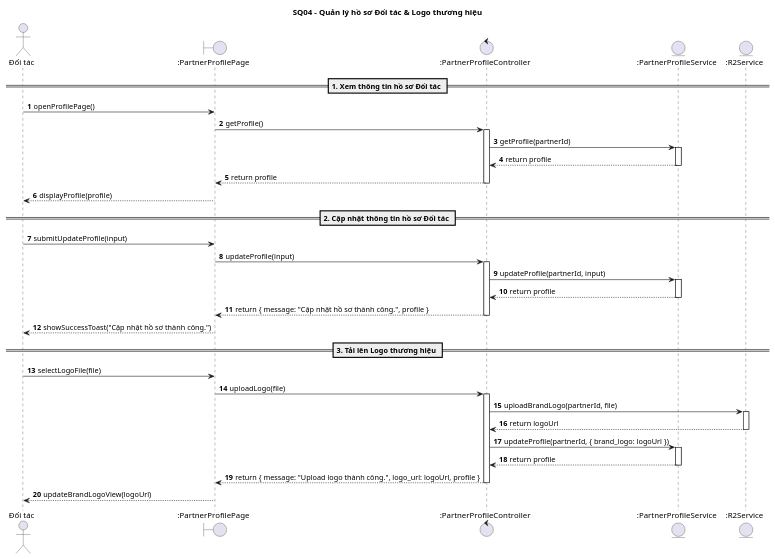
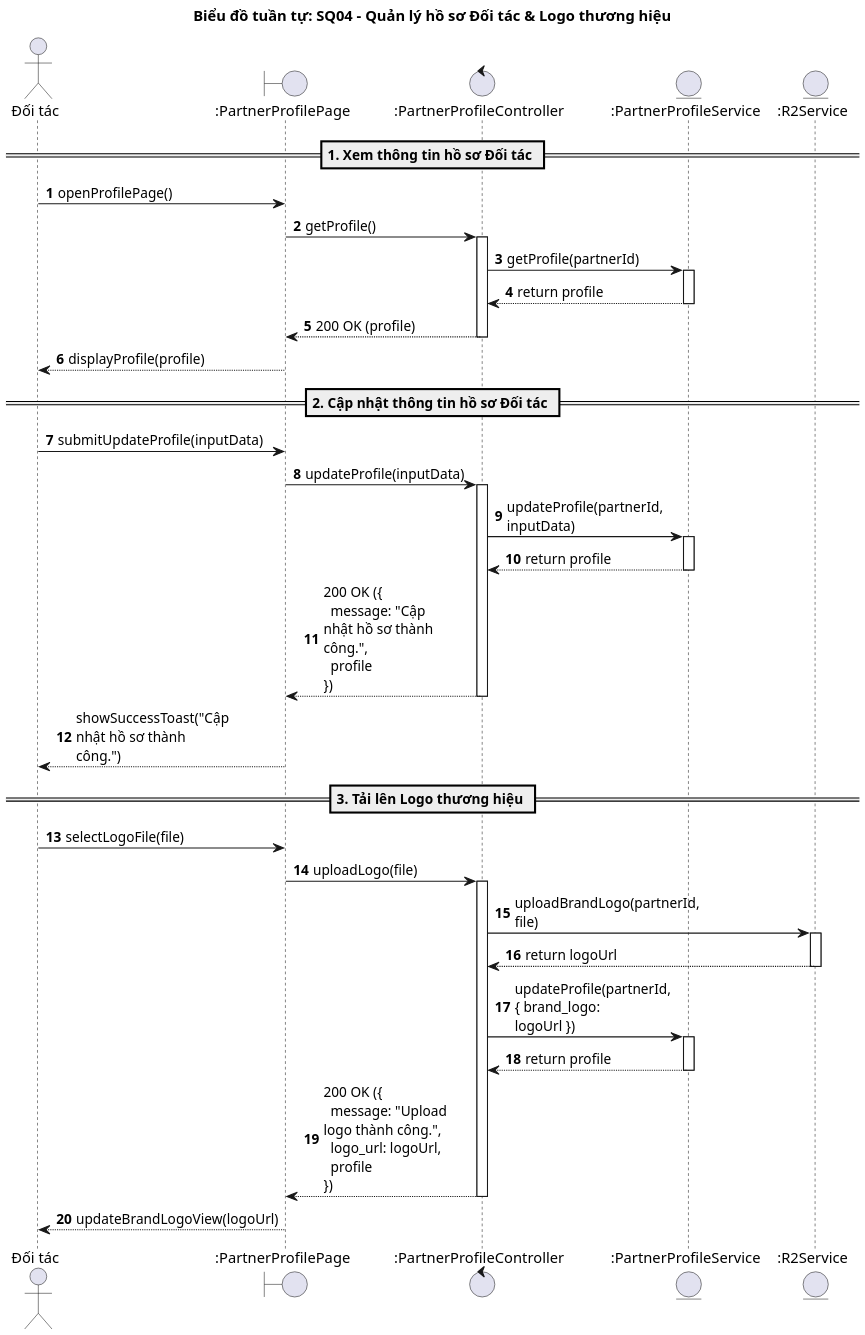
One commit to Ngo-The-Dat/e-voucher-system changed the diagram in doc/sequence/doi_tac/SQ04_quan_ly_ho_so_doi_tac.wsd. Above: the diagram before and after it, drawn with PlantUML. The commit also changed 82 other files, not shown here.

```diff
--- a/doc/sequence/doi_tac/SQ04_quan_ly_ho_so_doi_tac.wsd
+++ b/doc/sequence/doi_tac/SQ04_quan_ly_ho_so_doi_tac.wsd
@@ -1,54 +1,56 @@
 @startuml
-title SQ04 - Quản lý hồ sơ Đối tác & Logo thương hiệu
+title Biểu đồ tuần tự: SQ04 - Quản lý hồ sơ Đối tác & Logo thương hiệu
 
 autonumber
+skinparam dpi 180
+skinparam maxMessageSize 120
 skinparam BoxPadding 10
 skinparam ParticipantPadding 10
 
 actor "Đối tác" as DT
 boundary ":PartnerProfilePage" as UI
 control ":PartnerProfileController" as Ctrl
 entity ":PartnerProfileService" as Svc
 entity ":R2Service" as Storage
 
 == 1. Xem thông tin hồ sơ Đối tác ==
 DT -> UI: openProfilePage()
 UI -> Ctrl: getProfile()
 activate Ctrl
 Ctrl -> Svc: getProfile(partnerId)
 activate Svc
 Svc --> Ctrl: return profile
 deactivate Svc
-Ctrl --> UI: return profile
+Ctrl --> UI: 200 OK (profile)
 deactivate Ctrl
 UI --> DT: displayProfile(profile)
 
 == 2. Cập nhật thông tin hồ sơ Đối tác ==
-DT -> UI: submitUpdateProfile(input)
-UI -> Ctrl: updateProfile(input)
+DT -> UI: submitUpdateProfile(inputData)
+UI -> Ctrl: updateProfile(inputData)
 activate Ctrl
-Ctrl -> Svc: updateProfile(partnerId, input)
+Ctrl -> Svc: updateProfile(partnerId, inputData)
 activate Svc
 Svc --> Ctrl: return profile
 deactivate Svc
-Ctrl --> UI: return { message: "Cập nhật hồ sơ thành công.", profile }
+Ctrl --> UI: 200 OK ({\n  message: "Cập nhật hồ sơ thành công.",\n  profile\n})
 deactivate Ctrl
 UI --> DT: showSuccessToast("Cập nhật hồ sơ thành công.")
 
 == 3. Tải lên Logo thương hiệu ==
 DT -> UI: selectLogoFile(file)
 UI -> Ctrl: uploadLogo(file)
 activate Ctrl
 Ctrl -> Storage: uploadBrandLogo(partnerId, file)
 activate Storage
 Storage --> Ctrl: return logoUrl
 deactivate Storage
 Ctrl -> Svc: updateProfile(partnerId, { brand_logo: logoUrl })
 activate Svc
 Svc --> Ctrl: return profile
 deactivate Svc
-Ctrl --> UI: return { message: "Upload logo thành công.", logo_url: logoUrl, profile }
+Ctrl --> UI: 200 OK ({\n  message: "Upload logo thành công.",\n  logo_url: logoUrl,\n  profile\n})
 deactivate Ctrl
 UI --> DT: updateBrandLogoView(logoUrl)
 
 @enduml
```
